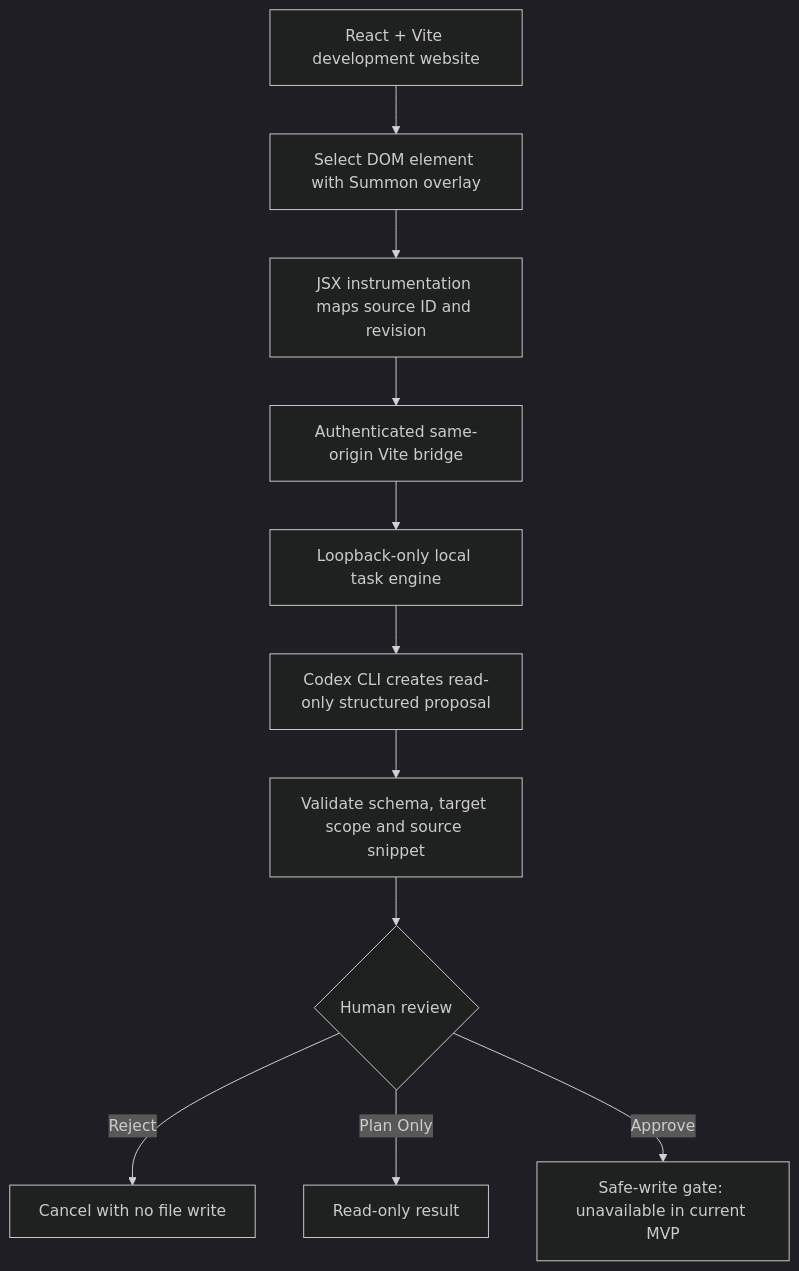
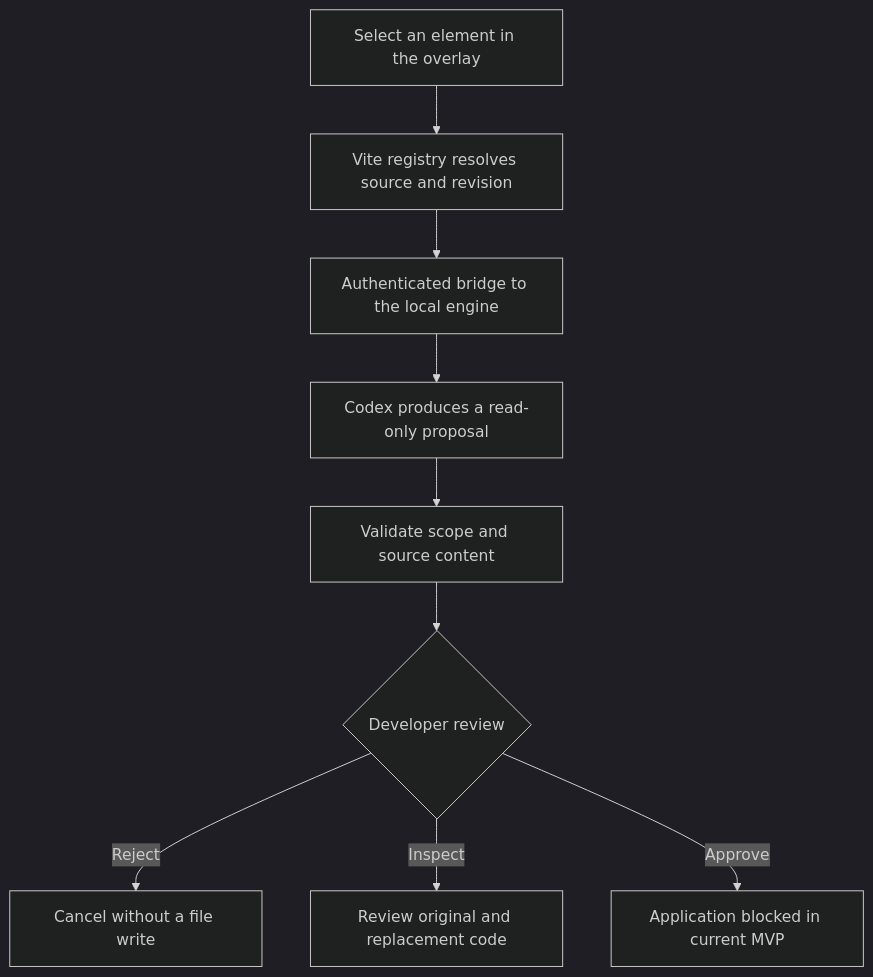
Before and after one commit to GODLIKEyp/Summon-Fixer-: the diagram in README.md, drawn with Mermaid (dark theme). The commit also changed other lines of this file, not shown here.

````diff
--- a/README.md
+++ b/README.md
@@ -90,13 +93,11 @@
 ```mermaid
 flowchart TD
-    A[React + Vite development website] --> B[Select DOM element with Summon overlay]
-    B --> C[JSX instrumentation maps source ID and revision]
-    C --> D[Authenticated same-origin Vite bridge]
-    D --> E[Loopback-only local task engine]
-    E --> F[Codex CLI creates read-only structured proposal]
-    F --> G[Validate schema, target scope and source snippet]
-    G --> H{Human review}
-    H -->|Reject| I[Cancel with no file write]
-    H -->|Plan Only| J[Read-only result]
-    H -->|Approve| K[Safe-write gate: unavailable in current MVP]
+    A["Select an element in the overlay"] --> B["Vite registry resolves source and revision"]
+    B --> C["Authenticated bridge to the local engine"]
+    C --> D["Codex produces a read-only proposal"]
+    D --> E["Validate scope and source content"]
+    E --> F{"Developer review"}
+    F -->|Reject| G["Cancel without a file write"]
+    F -->|Inspect| H["Review original and replacement code"]
+    F -->|Approve| I["Application blocked in current MVP"]
 ```
````
